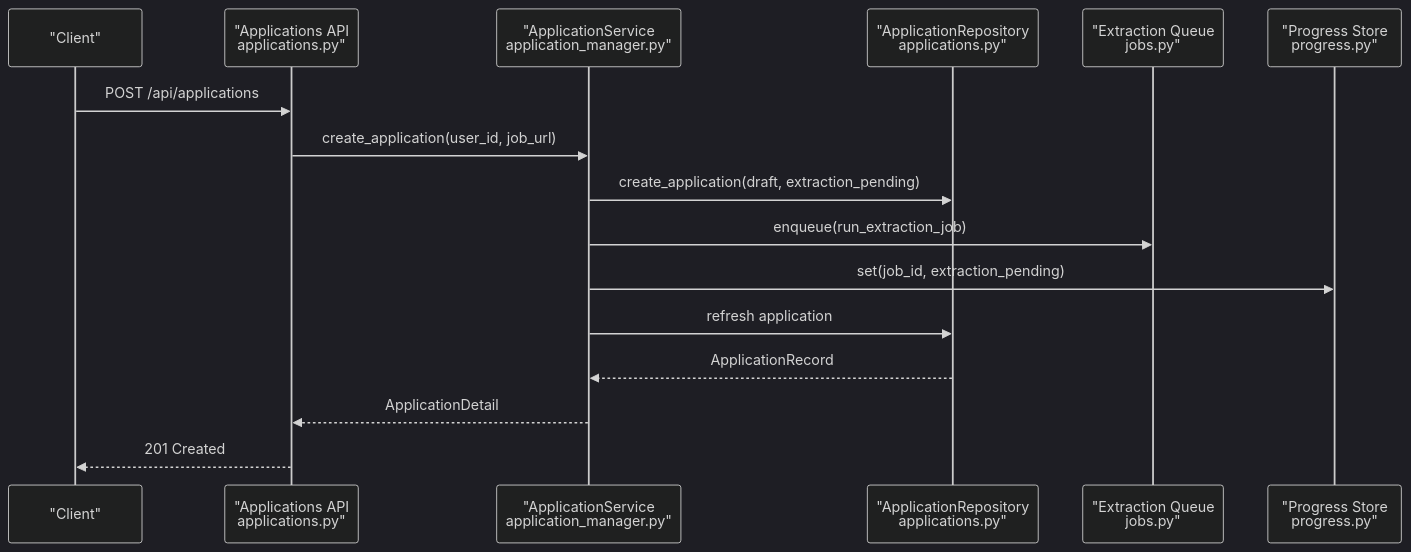
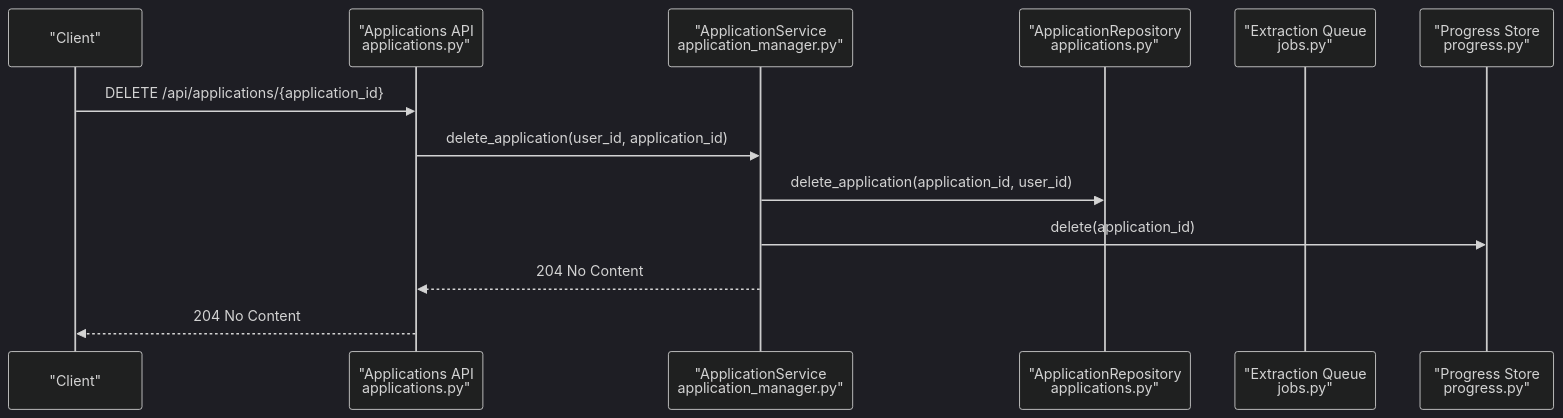
One commit to sankaL/resume-app changed the second of 6 diagrams in .qoder/repowiki/en/content/Backend API/API Endpoints/Application CRUD Operations.md. Above: the diagram before and after it, drawn with Mermaid (dark theme). The commit also changed other lines of this file and 11 other files, not shown here.

````diff
--- a/.qoder/repowiki/en/content/Backend API/API Endpoints/Application CRUD Operations.md
+++ b/.qoder/repowiki/en/content/Backend API/API Endpoints/Application CRUD Operations.md
@@ -98,18 +123,15 @@
 ```mermaid
 sequenceDiagram
 participant C as "Client"
 participant API as "Applications API<br/>applications.py"
 participant SVC as "ApplicationService<br/>application_manager.py"
 participant DB as "ApplicationRepository<br/>applications.py"
 participant EXQ as "Extraction Queue<br/>jobs.py"
 participant PRG as "Progress Store<br/>progress.py"
-C->>API : POST /api/applications
-API->>SVC : create_application(user_id, job_url)
-SVC->>DB : create_application(draft, extraction_pending)
-SVC->>EXQ : enqueue(run_extraction_job)
-SVC->>PRG : set(job_id, extraction_pending)
-SVC->>DB : refresh application
-DB-->>SVC : ApplicationRecord
-SVC-->>API : ApplicationDetail
-API-->>C : 201 Created
+C->>API : DELETE /api/applications/{application_id}
+API->>SVC : delete_application(user_id, application_id)
+SVC->>DB : delete_application(application_id, user_id)
+SVC->>PRG : delete(application_id)
+SVC-->>API : 204 No Content
+API-->>C : 204 No Content
 ```
````
